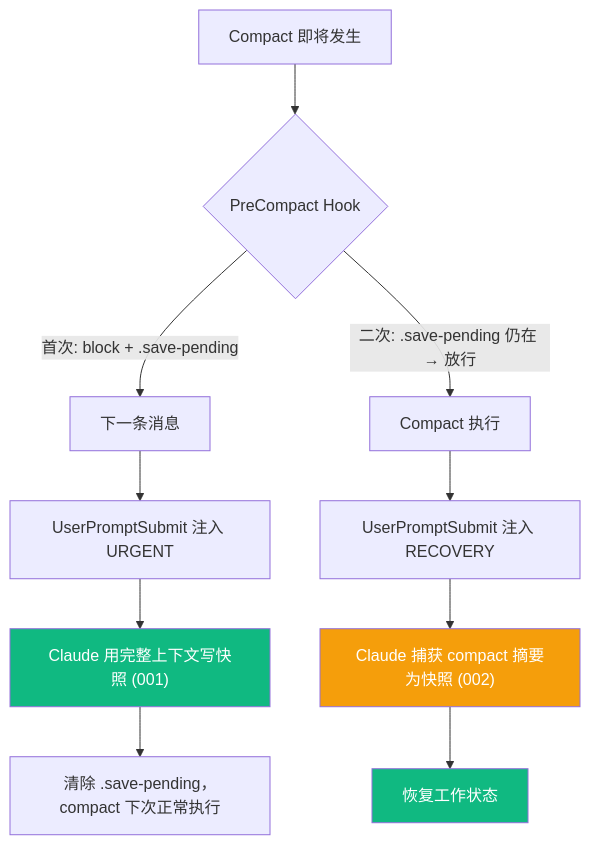
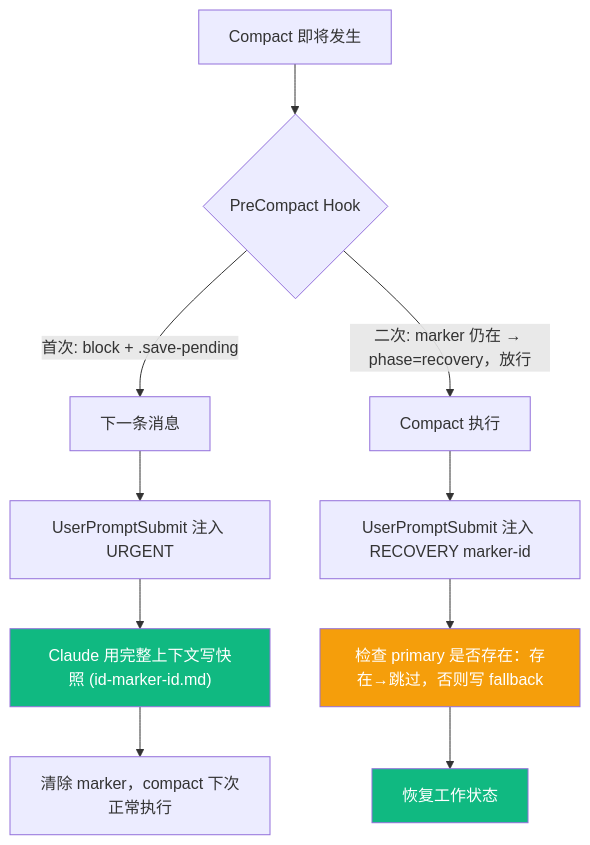
Before and after one commit to Plumess/plume-skills: the diagram in README.md, drawn with Mermaid. The commit also changed other lines of this file and 8 other files, not shown here.

````diff
--- a/README.md
+++ b/README.md
@@ -77,16 +78,16 @@
 ```mermaid
 flowchart TD
     A["Compact 即将发生"] --> B{"PreCompact Hook"}
     B -->|"首次: block + .save-pending"| C["下一条消息"]
     C --> D["UserPromptSubmit 注入 URGENT"]
-    D --> E["Claude 用完整上下文写快照 (001)"]
-    E --> F["清除 .save-pending，compact 下次正常执行"]
-    B -->|"二次: .save-pending 仍在 → 放行"| G["Compact 执行"]
-    G --> H["UserPromptSubmit 注入 RECOVERY"]
-    H --> I["Claude 捕获 compact 摘要为快照 (002)"]
+    D --> E["Claude 用完整上下文写快照 (id-marker-id.md)"]
+    E --> F["清除 marker，compact 下次正常执行"]
+    B -->|"二次: marker 仍在 → phase=recovery，放行"| G["Compact 执行"]
+    G --> H["UserPromptSubmit 注入 RECOVERY marker-id"]
+    H --> I["检查 primary 是否存在：存在→跳过，否则写 fallback"]
     I --> J["恢复工作状态"]
 
     style E fill:#10b981,color:#fff
     style I fill:#f59e0b,color:#fff
     style J fill:#10b981,color:#fff
 ```
````
